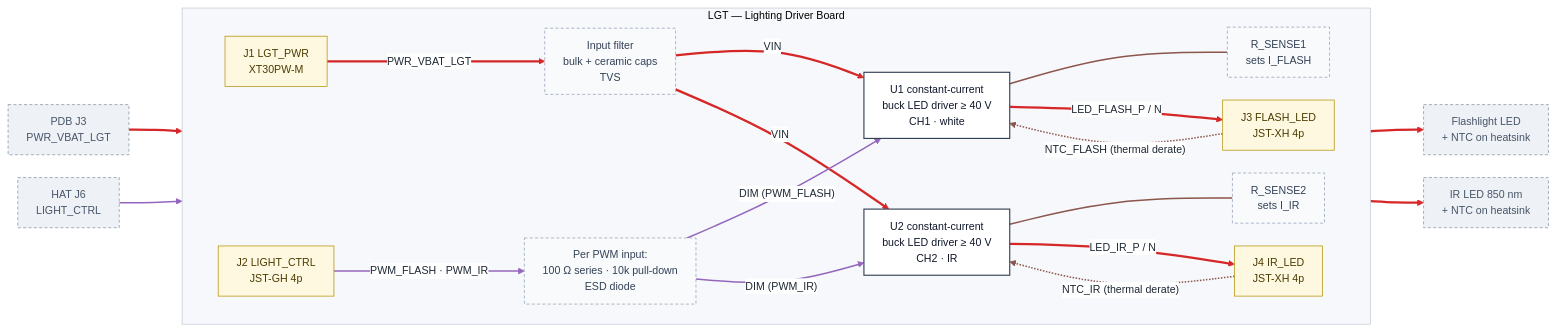
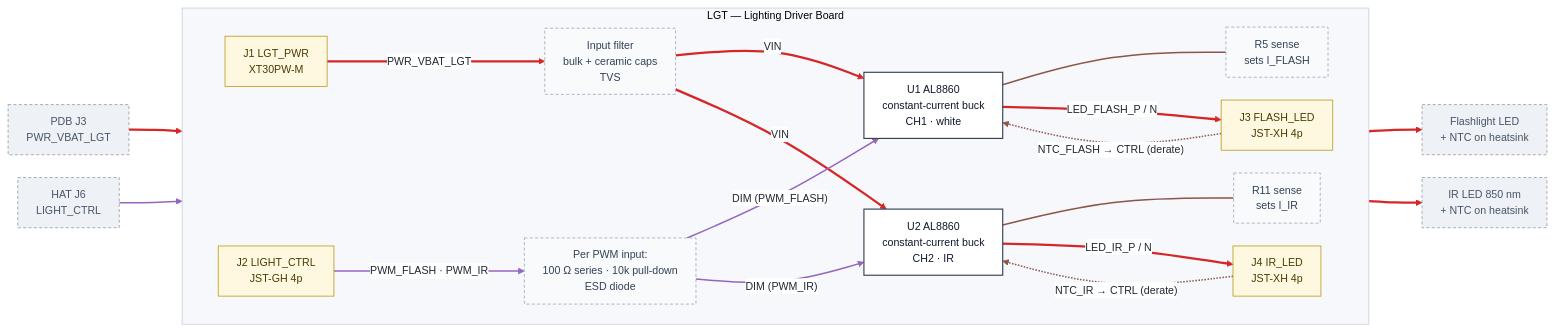
One commit to MuhammadTukhtasunov/data changed the diagram in docs/electrical/diagrams/board-lighting.mmd. Above: the diagram before and after it, drawn with Mermaid. The commit also changed 34 other files, not shown here.

```diff
--- a/docs/electrical/diagrams/board-lighting.mmd
+++ b/docs/electrical/diagrams/board-lighting.mmd
@@ -1,48 +1,48 @@
 %%{init: {"theme": "base", "fontFamily": "Inter, Arial, Helvetica, sans-serif", "themeVariables": {"fontFamily": "Inter, Arial, Helvetica, sans-serif", "fontSize": "14px", "primaryColor": "#ffffff", "primaryBorderColor": "#5b6b7c", "primaryTextColor": "#1d2733", "lineColor": "#5b6b7c", "clusterBkg": "#f6f8fb", "clusterBorder": "#c3ccd6", "edgeLabelBackground": "#ffffff"}, "flowchart": {"curve": "basis", "nodeSpacing": 30, "rankSpacing": 70, "padding": 12}} }%%
 flowchart LR
 
     PDB["PDB J3<br/>PWR_VBAT_LGT"]:::ext
     HAT["HAT J6<br/>LIGHT_CTRL"]:::ext
     subgraph LGTB["LGT — Lighting Driver Board"]
         direction LR
         J1["J1 LGT_PWR<br/>XT30PW-M"]:::conn
         J2["J2 LIGHT_CTRL<br/>JST-GH 4p"]:::conn
         CIN["Input filter<br/>bulk + ceramic caps<br/>TVS"]:::passive
         RC["Per PWM input:<br/>100 Ω series · 10k pull-down<br/>ESD diode"]:::passive
-        U1["U1 constant-current<br/>buck LED driver ≥ 40 V<br/>CH1 · white"]:::ic
-        U2["U2 constant-current<br/>buck LED driver ≥ 40 V<br/>CH2 · IR"]:::ic
-        RS1["R_SENSE1<br/>sets I_FLASH"]:::passive
-        RS2["R_SENSE2<br/>sets I_IR"]:::passive
+        U1["U1 AL8860<br/>constant-current buck<br/>CH1 · white"]:::ic
+        U2["U2 AL8860<br/>constant-current buck<br/>CH2 · IR"]:::ic
+        RS1["R5 sense<br/>sets I_FLASH"]:::passive
+        RS2["R11 sense<br/>sets I_IR"]:::passive
         J3["J3 FLASH_LED<br/>JST-XH 4p"]:::conn
         J4["J4 IR_LED<br/>JST-XH 4p"]:::conn
     end
     FL["Flashlight LED<br/>+ NTC on heatsink"]:::ext
     IR["IR LED 850 nm<br/>+ NTC on heatsink"]:::ext
     PDB --> J1
     J1 -->|"PWR_VBAT_LGT"| CIN
     CIN -->|"VIN"| U1
     CIN -->|"VIN"| U2
     HAT --> J2
     J2 -->|"PWM_FLASH · PWM_IR"| RC
     RC -->|"DIM (PWM_FLASH)"| U1
     RC -->|"DIM (PWM_IR)"| U2
     U1 --- RS1
     U2 --- RS2
     U1 -->|"LED_FLASH_P / N"| J3
     U2 -->|"LED_IR_P / N"| J4
     J3 --> FL
     J4 --> IR
-    J3 -.->|"NTC_FLASH (thermal derate)"| U1
-    J4 -.->|"NTC_IR (thermal derate)"| U2
+    J3 -.->|"NTC_FLASH → CTRL (derate)"| U1
+    J4 -.->|"NTC_IR → CTRL (derate)"| U2
 
     classDef cots fill:#eef1f5,stroke:#8a97a6,color:#1d2733
     classDef custom fill:#dbeafe,stroke:#1d4ed8,stroke-width:2px,color:#0b2a6b
     classDef core fill:#1f3b57,stroke:#0f2233,color:#ffffff
     classDef ic fill:#ffffff,stroke:#334155,stroke-width:1.5px,color:#0f172a
     classDef conn fill:#fff8e1,stroke:#b7950b,color:#4a3b00
     classDef hdr fill:#ede9fe,stroke:#6d28d9,color:#2e1065
     classDef passive fill:#f8fafc,stroke:#94a3b8,stroke-dasharray:4 3,color:#334155
     classDef ext fill:#eef1f5,stroke:#8a97a6,stroke-dasharray:4 3,color:#475569
     linkStyle 0,1,2,3,10,11,12,13 stroke:#d62728,stroke-width:3px
     linkStyle 4,5,6,7 stroke:#9467bd,stroke-width:2px
     linkStyle 8,9,14,15 stroke:#8c564b,stroke-width:2px
```
